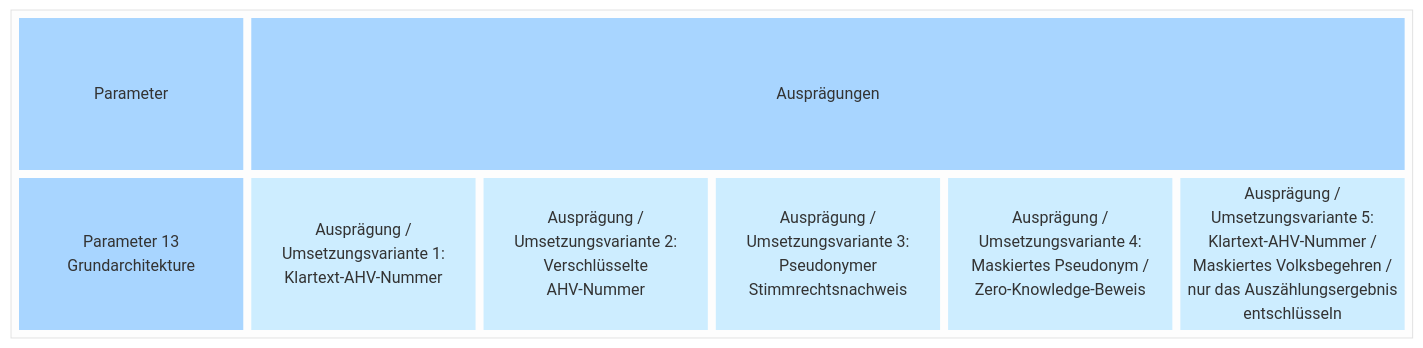
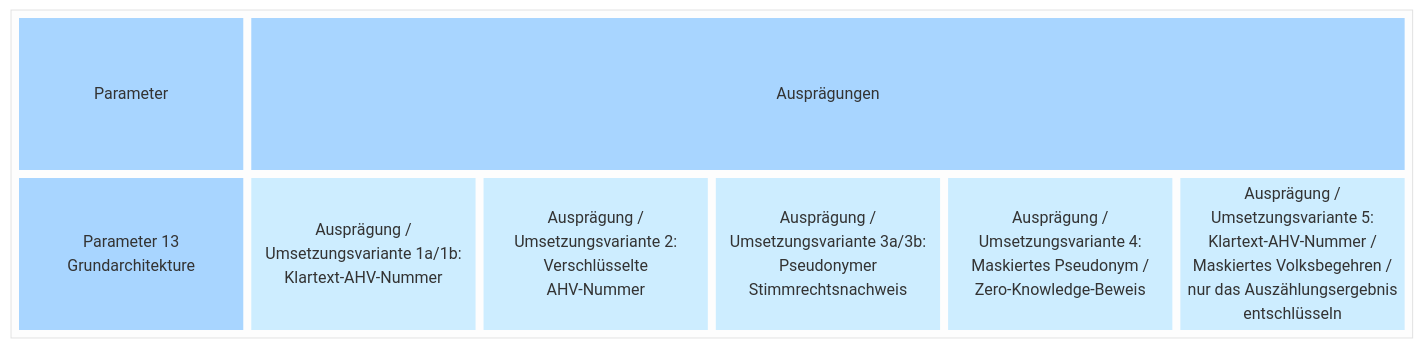
The second of 2 diagrams in docs/morphological-box/parameter-13.md (swiss/e-collecting), drawn with Mermaid (neutral theme) before and after one commit. The commit also changed other lines of this file, not shown here.

````diff
--- a/docs/morphological-box/parameter-13.md
+++ b/docs/morphological-box/parameter-13.md
@@ -67,39 +79,39 @@
 ```mermaid
 block
   block
     columns 6
     t1["Parameter"]
     t2["Ausprägungen"]:5
     d["Parameter 13
     Grundarchitekture"]
     a1["Ausprägung /
-    Umsetzungsvariante 1:
+    Umsetzungsvariante 1a/1b:
     Klartext-AHV-Nummer"]
     a2["Ausprägung /
     Umsetzungsvariante 2:
     Verschlüsselte
     AHV-Nummer"]
     a3["Ausprägung /
-    Umsetzungsvariante 3:
+    Umsetzungsvariante 3a/3b:
     Pseudonymer
     Stimmrechtsnachweis"]
     a4["Ausprägung /
     Umsetzungsvariante 4:
     Maskiertes Pseudonym /
     Zero-Knowledge-Beweis"]
     a5["Ausprägung /
     Umsetzungsvariante 5:
     Klartext-AHV-Nummer /
     Maskiertes Volksbegehren /
     nur das Auszählungsergebnis
     entschlüsseln"]
    style t1 fill:#a8d5ff,stroke-width:0px
     style t2 fill:#a8d5ff,stroke-width:0px
     style d fill:#a8d5ff,stroke-width:0px,text-valign:top
     style a1 fill:#cdedff,stroke-width:0px
     style a2 fill:#cdedff,stroke-width:0px
     style a3 fill:#cdedff,stroke-width:0px
     style a4 fill:#cdedff,stroke-width:0px
     style a5 fill:#cdedff,stroke-width:0px
   end
 ```
````
